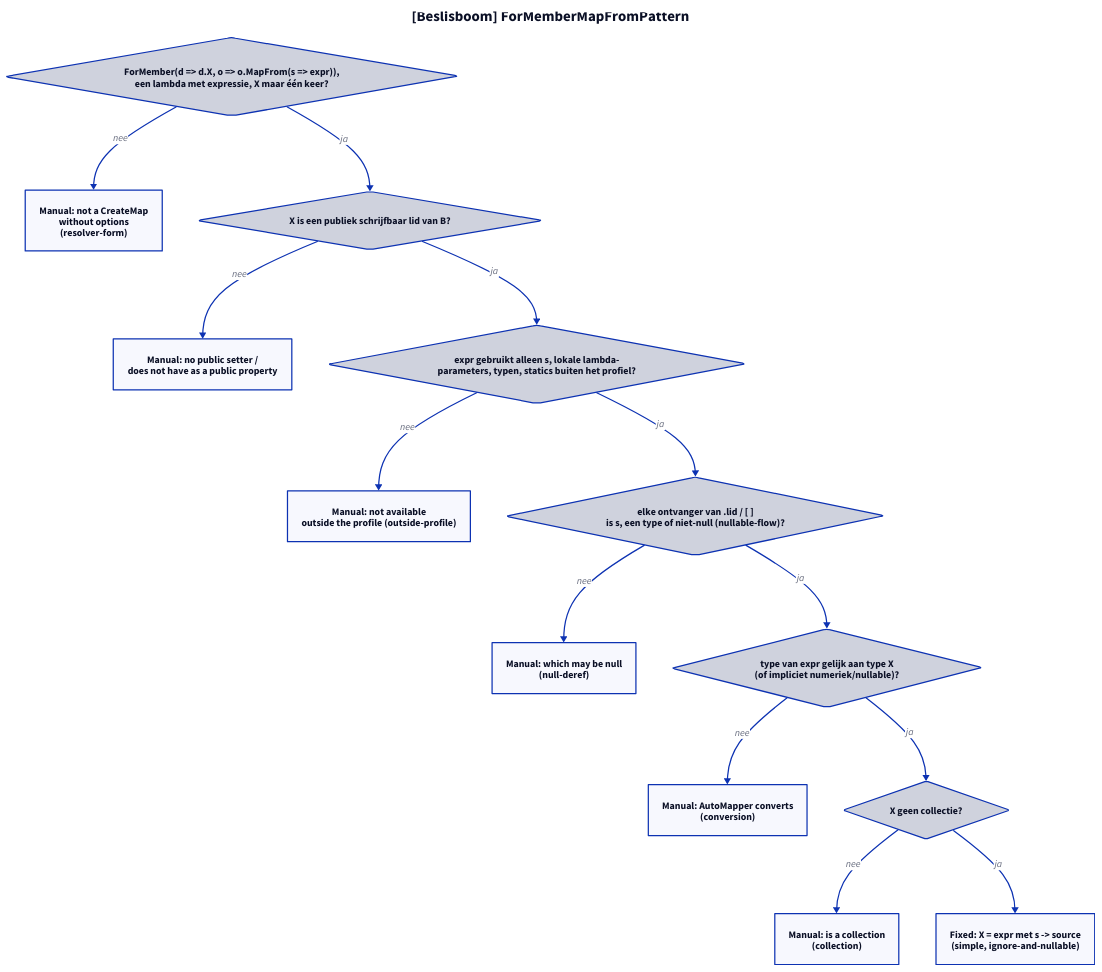
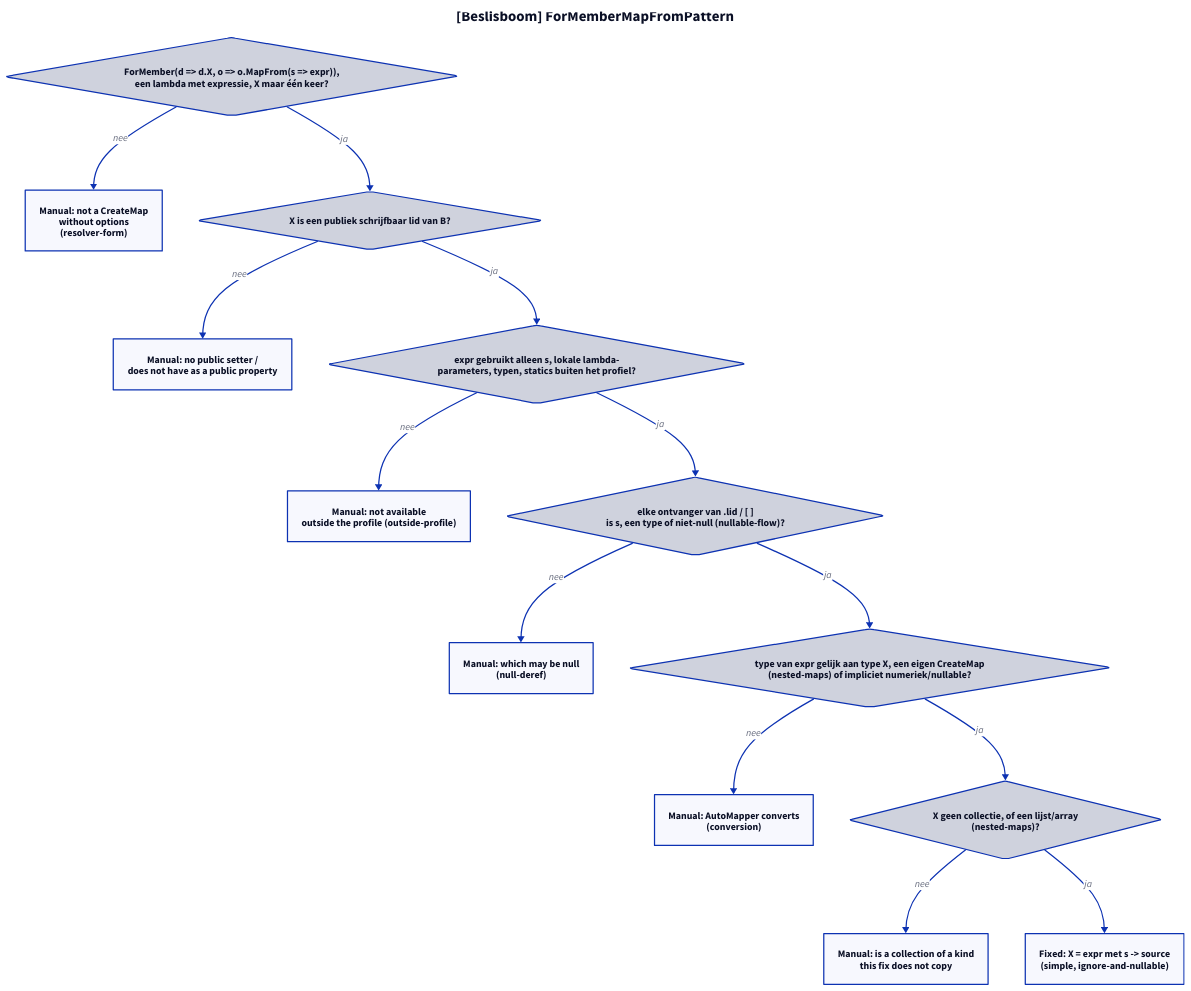
The diagram in docs/projectinfo/patterns/img/automapper-for-member-map-from-modellen-3.d2 (ATkingma/unshackle), drawn with D2 before and after one commit. The commit also changed 57 other files, not shown here.

Commit message:
Add AutoMapper nested and collection member maps, AutoMapper corpus survey, drop SharpGrep from the roadmap

```diff
--- a/docs/projectinfo/patterns/img/automapper-for-member-map-from-modellen-3.d2
+++ b/docs/projectinfo/patterns/img/automapper-for-member-map-from-modellen-3.d2
@@ -1,27 +1,27 @@
 title: "[Beslisboom] ForMemberMapFromPattern" {shape: text; near: top-center; style: {font-size: 24; bold: true}}
 direction: down
 q1: "ForMember(d => d.X, o => o.MapFrom(s => expr)),\neen lambda met expressie, X maar één keer?" {shape: diamond}
 m1: "Manual: not a CreateMap\nwithout options\n(resolver-form)"
 q2: "X is een publiek schrijfbaar lid van B?" {shape: diamond}
 m2: "Manual: no public setter /\ndoes not have as a public property"
 q3: "expr gebruikt alleen s, lokale lambda-\nparameters, typen, statics buiten het profiel?" {shape: diamond}
 m3: "Manual: not available\noutside the profile (outside-profile)"
 q4: "elke ontvanger van .lid / [ ]\nis s, een type of niet-null (nullable-flow)?" {shape: diamond}
 m4: "Manual: which may be null\n(null-deref)"
-q5: "type van expr gelijk aan type X\n(of impliciet numeriek/nullable)?" {shape: diamond}
+q5: "type van expr gelijk aan type X, een eigen CreateMap\n(nested-maps) of impliciet numeriek/nullable?" {shape: diamond}
 m5: "Manual: AutoMapper converts\n(conversion)"
-q6: "X geen collectie?" {shape: diamond}
-m6: "Manual: is a collection\n(collection)"
+q6: "X geen collectie, of een lijst/array\n(nested-maps)?" {shape: diamond}
+m6: "Manual: is a collection of a kind\nthis fix does not copy"
 f: "Fixed: X = expr met s -> source\n(simple, ignore-and-nullable)"
 q1 -> m1: nee
 q1 -> q2: ja
 q2 -> m2: nee
 q2 -> q3: ja
 q3 -> m3: nee
 q3 -> q4: ja
 q4 -> m4: nee
 q4 -> q5: ja
 q5 -> m5: nee
 q5 -> q6: ja
 q6 -> m6: nee
 q6 -> f: ja
```
